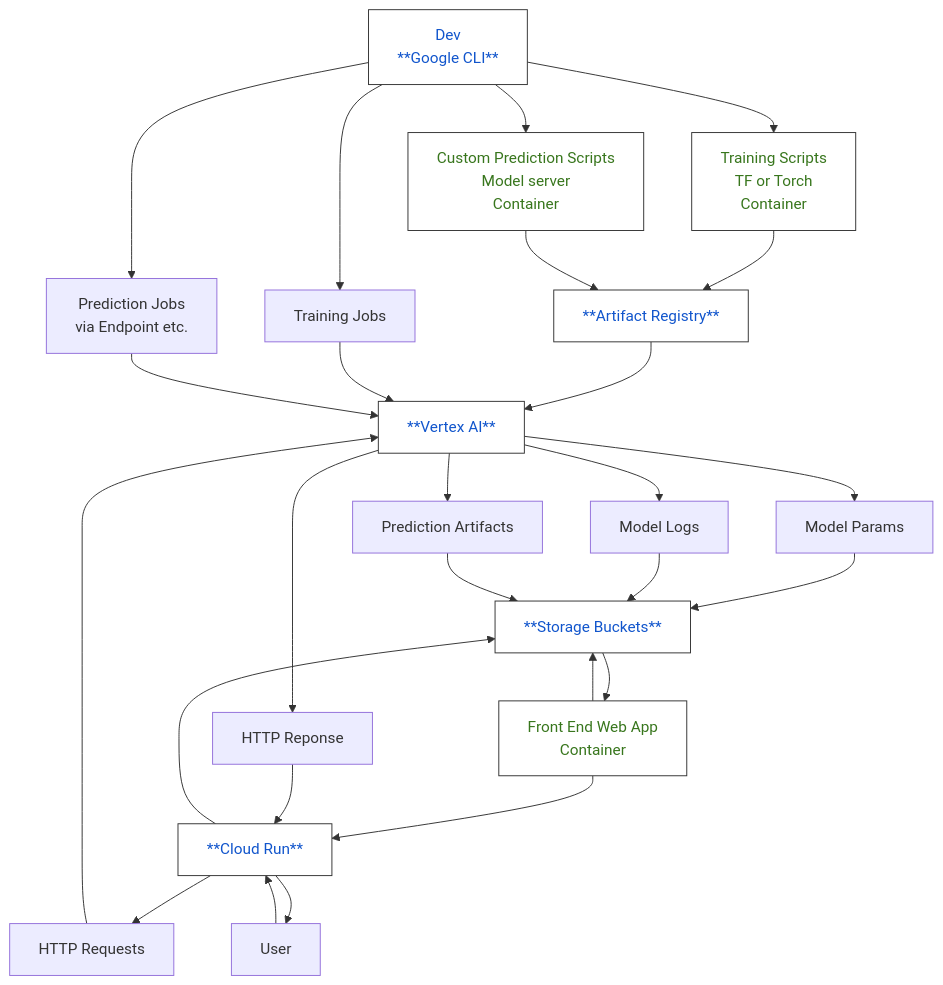
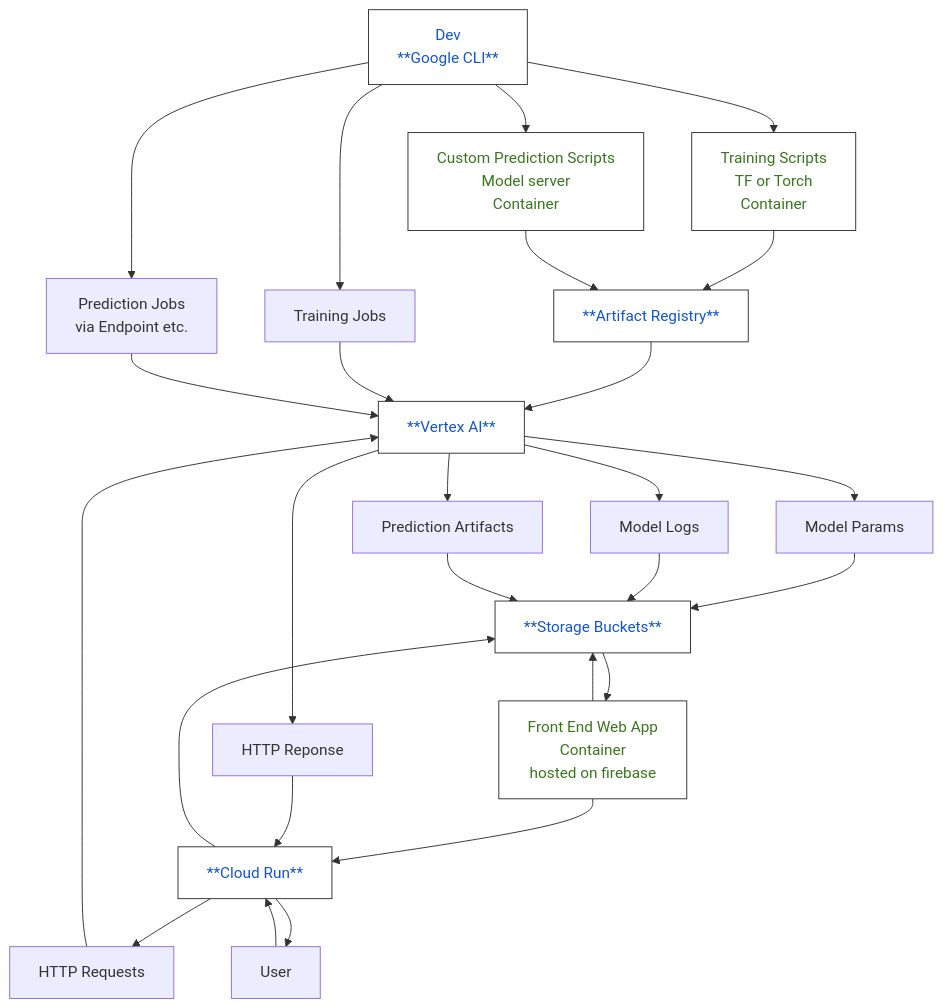
One commit to nuEGil/NotesOnTextTasks changed the diagram in ReadMe.md. Above: the diagram before and after it, drawn with Mermaid.

````diff
--- a/ReadMe.md
+++ b/ReadMe.md
@@ -41,44 +41,44 @@
 ```mermaid
 graph TD;
 
     %% Training + Containers
     A[Training Scripts<br/>TF or Torch<br/>Container] --> C[**Artifact Registry**]
 
     %% Prediction scripts to Artifact Registry
     D[Custom Prediction Scripts<br/>Model server<br/>Container] --> C
 
     %% Vertex AI jobs
     C --> E[**Vertex AI**]
     F[Training Jobs] --> E
     G[Prediction Jobs<br/>via Endpoint etc.] --> E
 
     %% Model outputs
     E --> H[Model Params] & I[Model Logs] & J[Prediction Artifacts]
     H & I & J --> K[**Storage Buckets**]
 
     %% Frontend + Cloud Run
-    L[Front End Web App<br/>Container<br/hosted on firebase>] --> N[**Cloud Run**]
+    L[Front End Web App<br/>Container<br/>hosted on firebase] --> N[**Cloud Run**]
     N --> O[HTTP Requests];
     E-->Z[HTTP Reponse];
     Z-->N;
     N-->K;
     O --> E;
     K --> L;
     P[User] --> N;
     N-->P;
 
     %% Dev tools
     Q[Dev<br/>**Google CLI**] --> F & G & A & D
     L --> K
 
     %% Define classes
     classDef yellowText color:#e69138,fill:#fff,stroke:#333,stroke-width:1px;
     classDef greenText color:#38761d,fill:#fff,stroke:#333,stroke-width:1px;
     classDef blueText color:#1155cc,fill:#fff,stroke:#333,stroke-width:1px;
 
     %% Apply classes
 
     class C,E,K,Q,N blueText;
     class A,D,L greenText;
 
 ```
````
